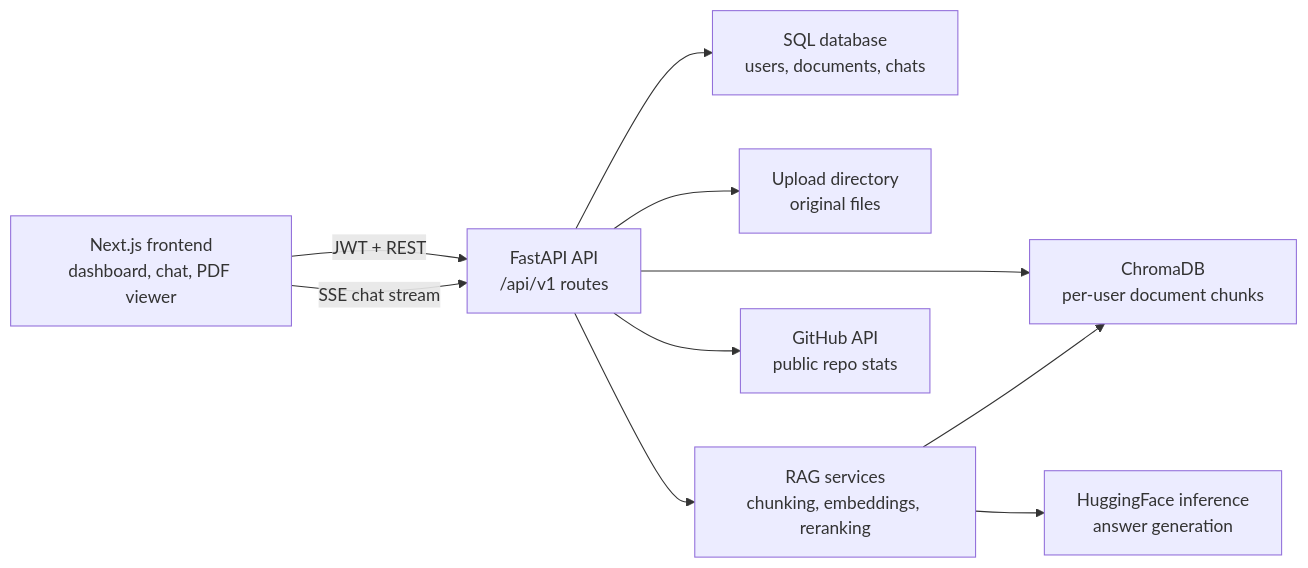
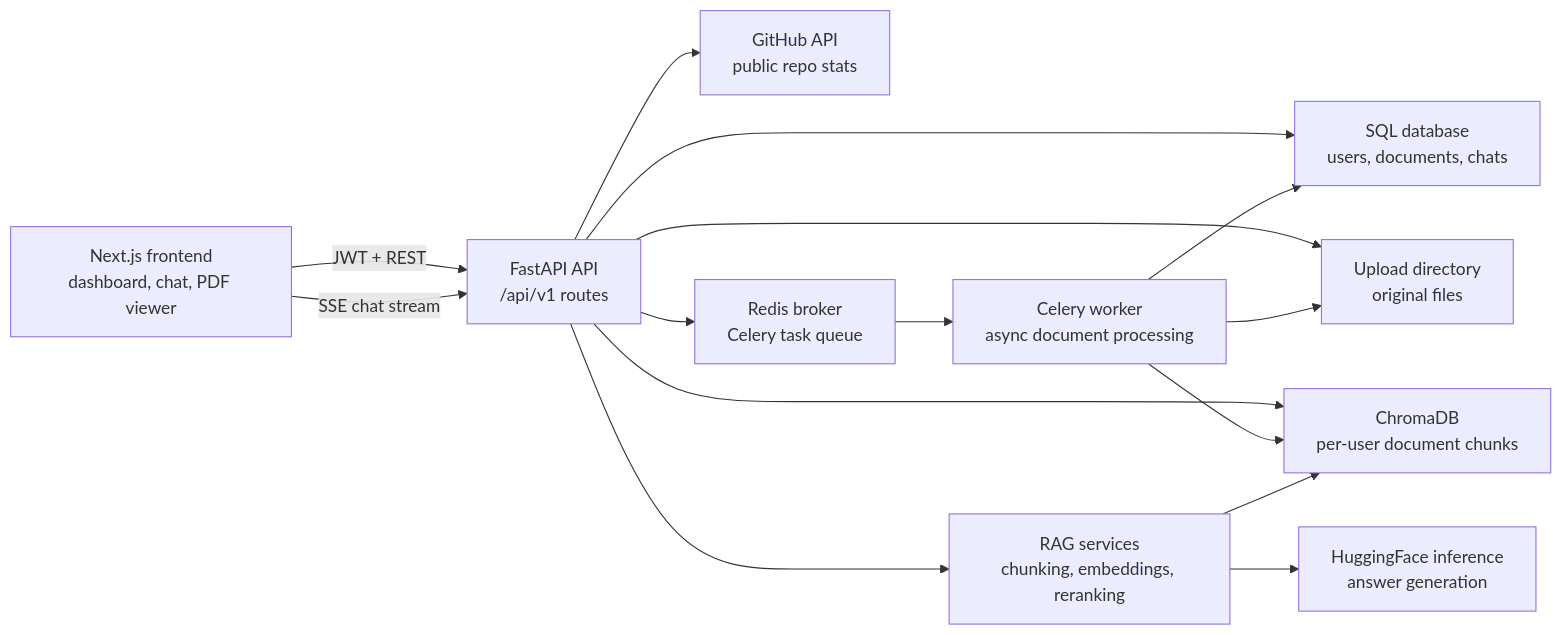
Before and after one commit to param20h/PDF-Assistant-RAG: the first of 11 diagrams in docs/ARCHITECTURE.md, drawn with Mermaid. The commit also changed other lines of this file, not shown here.

First line of the commit message:
docs: create comprehensive ARCHITECTURE.md documentation

````diff
--- a/docs/ARCHITECTURE.md
+++ b/docs/ARCHITECTURE.md
@@ -9,21 +41,28 @@
 ```mermaid
 flowchart LR
     Browser["Next.js frontend<br/>dashboard, chat, PDF viewer"]
     API["FastAPI API<br/>/api/v1 routes"]
     SQL["SQL database<br/>users, documents, chats"]
     Uploads["Upload directory<br/>original files"]
     Chroma["ChromaDB<br/>per-user document chunks"]
     RAG["RAG services<br/>chunking, embeddings, reranking"]
     LLM["HuggingFace inference<br/>answer generation"]
     GitHub["GitHub API<br/>public repo stats"]
+    Redis["Redis broker<br/>Celery task queue"]
+    Worker["Celery worker<br/>async document processing"]
 
     Browser -->|"JWT + REST"| API
     Browser -->|"SSE chat stream"| API
     API --> SQL
     API --> Uploads
     API --> Chroma
     API --> RAG
+    API --> GitHub
+    API --> Redis
+    Redis --> Worker
+    Worker --> Uploads
+    Worker --> Chroma
+    Worker --> SQL
     RAG --> Chroma
     RAG --> LLM
-    API --> GitHub
 ```
````
